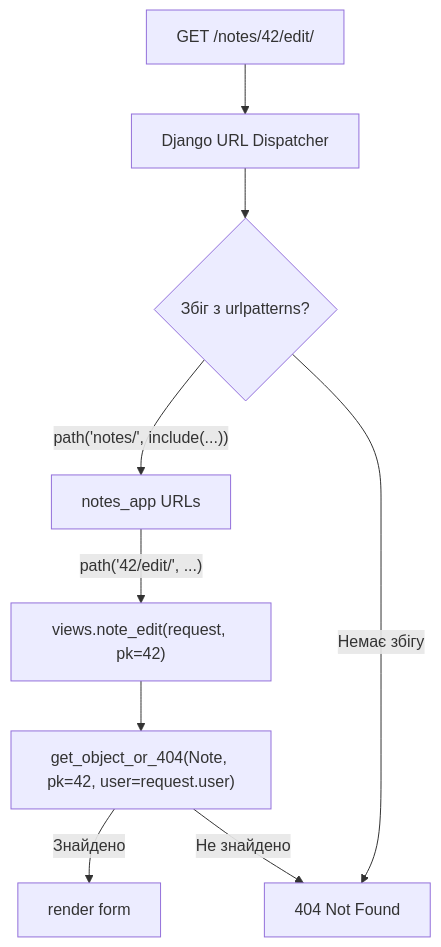
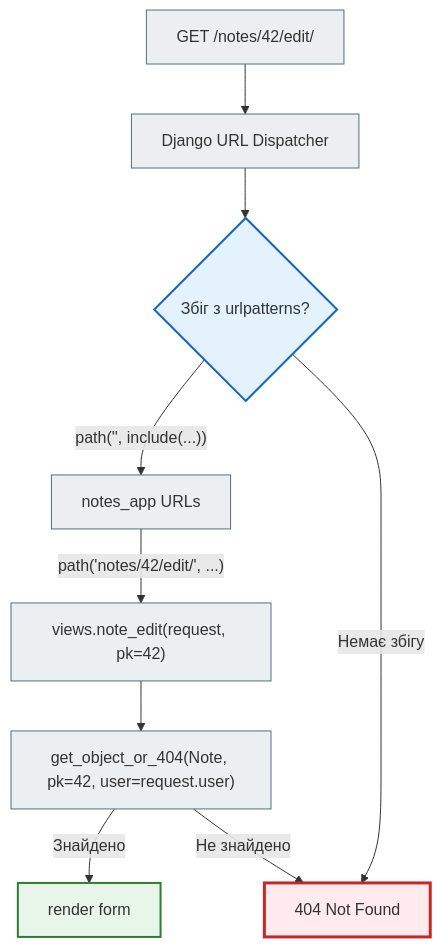
The third of 10 diagrams in docs/02_django_core/views_full.md (NikoriakViktot/notes_chat_app), drawn with Mermaid before and after one commit. The commit also changed other lines of this file and 441 other files, not shown here.

First line of the commit message:
Add English version of the book, Mermaid standard, docs fixes

````diff
--- a/docs/02_django_core/views_full.md
+++ b/docs/02_django_core/views_full.md
@@ -131,11 +138,21 @@
 ```mermaid
 flowchart TD
     A["GET /notes/42/edit/"] --> B[Django URL Dispatcher]
     B --> C{Збіг з urlpatterns?}
-    C -->|"path('notes/', include(...))"| D[notes_app URLs]
-    D -->|"path('42/edit/', ...)"| E["views.note_edit(request, pk=42)"]
+    C -->|"path('', include(...))"| D[notes_app URLs]
+    D -->|"path('notes/42/edit/', ...)"| E["views.note_edit(request, pk=42)"]
     C -->|Немає збігу| F["404 Not Found"]
     E --> G["get_object_or_404(Note, pk=42, user=request.user)"]
     G -->|Знайдено| H["render form"]
     G -->|Не знайдено| F
+
+    classDef step     fill:#eceff1,stroke:#546e7a,stroke-width:1px;
+    classDef decision fill:#e3f2fd,stroke:#1565c0,stroke-width:2px;
+    classDef success  fill:#e8f5e9,stroke:#2e7d32,stroke-width:2px;
+    classDef error    fill:#ffebee,stroke:#c62828,stroke-width:3px;
+
+    class A,B,D,E,G step;
+    class C decision;
+    class H success;
+    class F error;
 ```
````
